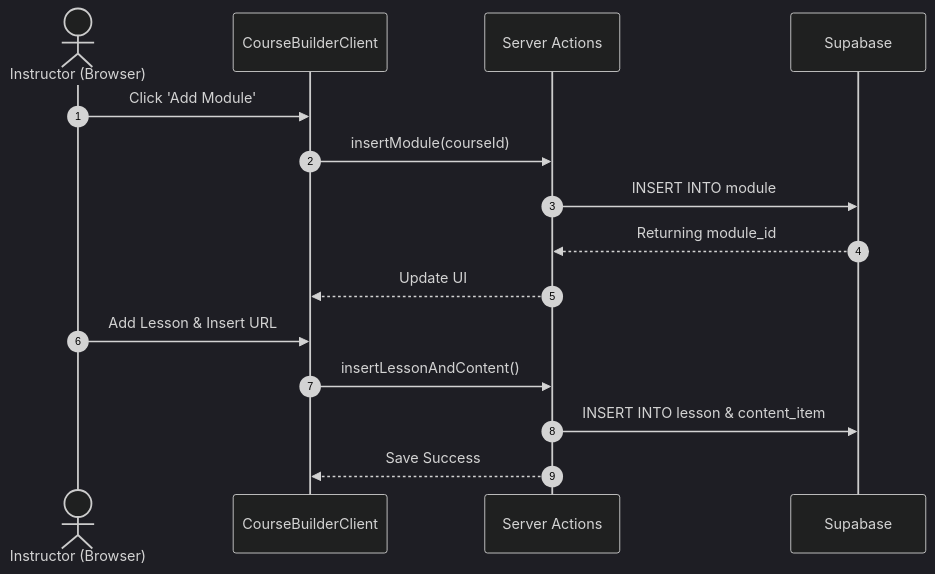
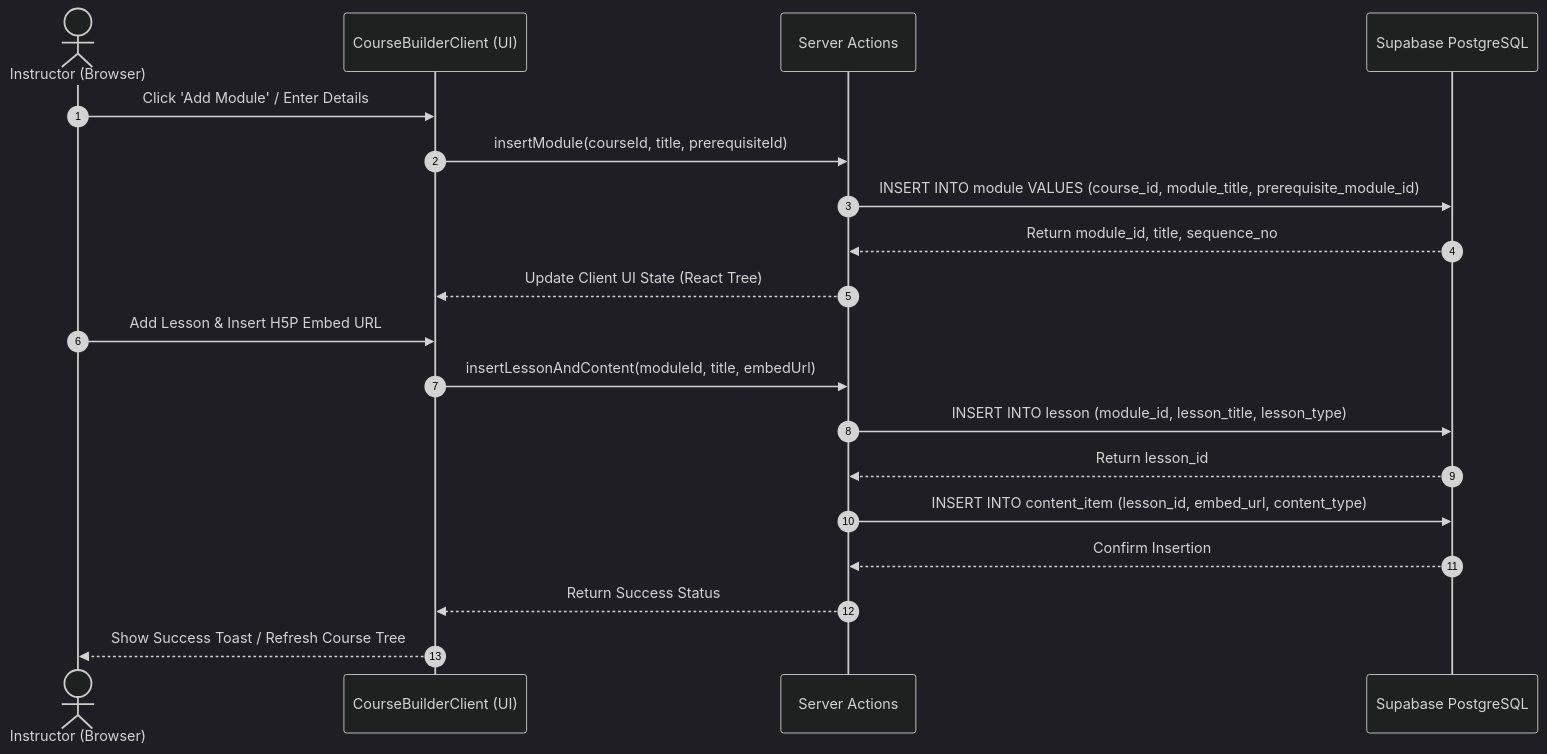
The third of 6 diagrams in wing kit sef report/Individual-Report-Aziel.md (wingkit123/QuestLearn), drawn with Mermaid (dark theme) before and after one commit. The commit also changed other lines of this file and 1 other file, not shown here.

````diff
--- a/wing kit sef report/Individual-Report-Aziel.md
+++ b/wing kit sef report/Individual-Report-Aziel.md
@@ -155,18 +285,22 @@
 ```mermaid
 sequenceDiagram
     autonumber
     actor Instructor as Instructor (Browser)
-    participant Client as CourseBuilderClient
+    participant Client as CourseBuilderClient (UI)
     participant Server as Server Actions
-    participant DB as Supabase
+    participant DB as Supabase PostgreSQL
     
-    Instructor->>Client: Click 'Add Module'
-    Client->>Server: insertModule(courseId)
-    Server->>DB: INSERT INTO module
-    DB-->>Server: Returning module_id
-    Server-->>Client: Update UI
-    Instructor->>Client: Add Lesson & Insert URL
-    Client->>Server: insertLessonAndContent()
-    Server->>DB: INSERT INTO lesson & content_item
-    Server-->>Client: Save Success
+    Instructor->>Client: Click 'Add Module' / Enter Details
+    Client->>Server: insertModule(courseId, title, prerequisiteId)
+    Server->>DB: INSERT INTO module VALUES (course_id, module_title, prerequisite_module_id)
+    DB-->>Server: Return module_id, title, sequence_no
+    Server-->>Client: Update Client UI State (React Tree)
+    Instructor->>Client: Add Lesson & Insert H5P Embed URL
+    Client->>Server: insertLessonAndContent(moduleId, title, embedUrl)
+    Server->>DB: INSERT INTO lesson (module_id, lesson_title, lesson_type)
+    DB-->>Server: Return lesson_id
+    Server->>DB: INSERT INTO content_item (lesson_id, embed_url, content_type)
+    DB-->>Server: Confirm Insertion
+    Server-->>Client: Return Success Status
+    Client-->>Instructor: Show Success Toast / Refresh Course Tree
 ```
````
